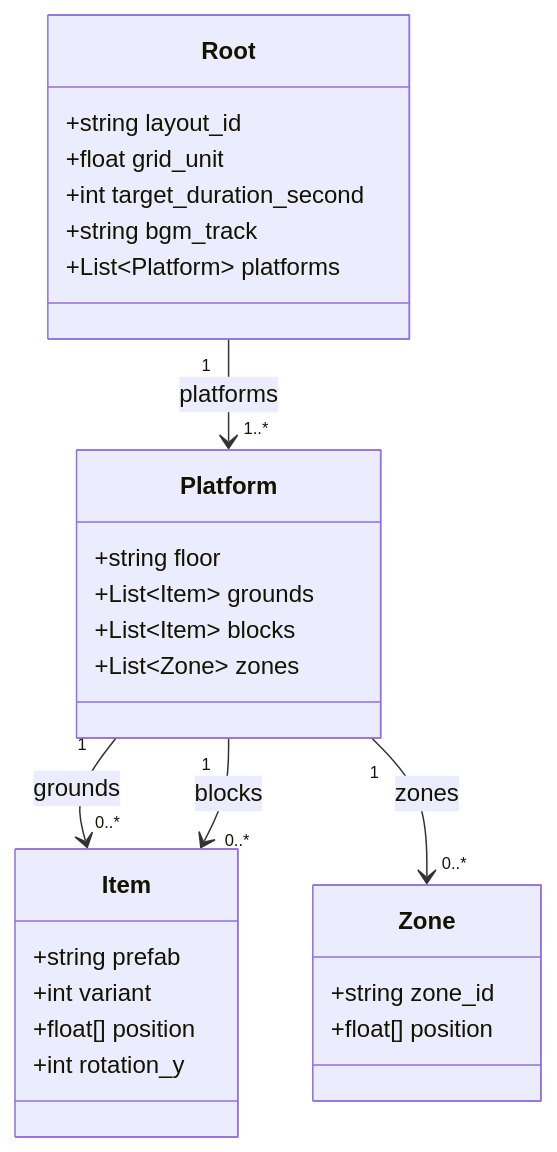
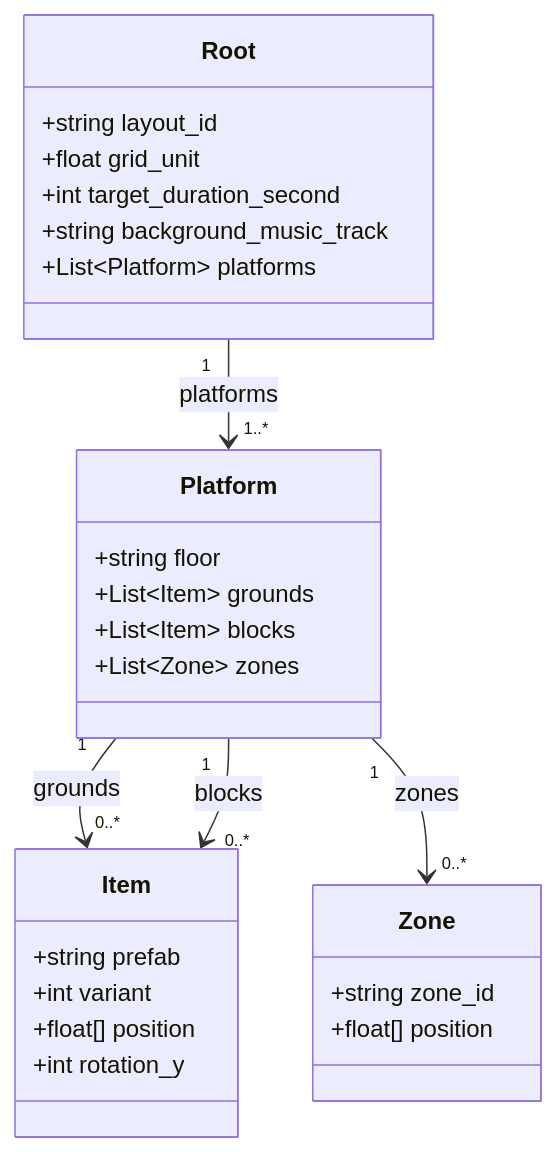
One commit to hiroxpepe/briko changed diagram 22 of 39 in docs/briko_spec.md. Above: the diagram before and after it, drawn with Mermaid. The commit also changed other lines of this file and 5 other files, not shown here.

Commit message:
docs: Update background music key name and add test project

````diff
--- a/docs/briko_spec.md
+++ b/docs/briko_spec.md
@@ -812,34 +812,34 @@
 ```mermaid
 classDiagram
     class Root {
         +string layout_id
         +float grid_unit
         +int target_duration_second
-        +string bgm_track
+        +string background_music_track
         +List~Platform~ platforms
     }
 
     class Platform {
         +string floor
         +List~Item~ grounds
         +List~Item~ blocks
         +List~Zone~ zones
     }
 
     class Item {
         +string prefab
         +int variant
         +float[] position
         +int rotation_y
     }
 
     class Zone {
         +string zone_id
         +float[] position
     }
 
     Root "1" --> "1..*" Platform : platforms
     Platform "1" --> "0..*" Item : grounds
     Platform "1" --> "0..*" Item : blocks
     Platform "1" --> "0..*" Zone : zones
 ```
````
